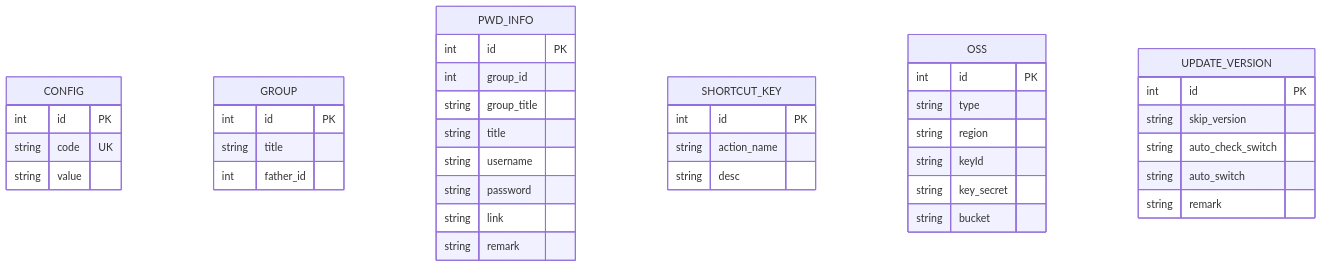
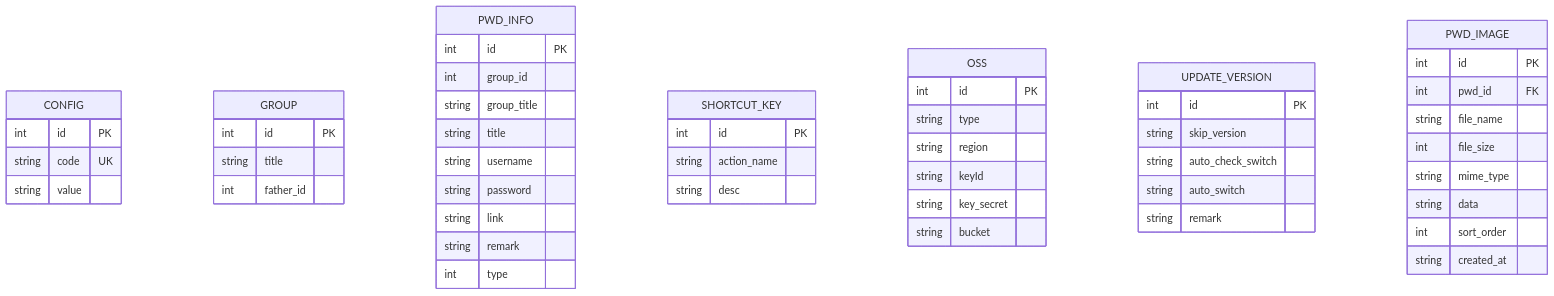
The fifth of 5 diagrams in .qoder/repowiki/zh/content/架构设计/数据库层架构/Mapper层设计/Mapper层设计.md (scgithub3220216/password-manager), drawn with Mermaid before and after one commit. The commit also changed other lines of this file and 9 other files, not shown here.

First line of the commit message:
feat(sync): 新增图像数据同步支持

````diff
--- a/.qoder/repowiki/zh/content/架构设计/数据库层架构/Mapper层设计/Mapper层设计.md
+++ b/.qoder/repowiki/zh/content/架构设计/数据库层架构/Mapper层设计/Mapper层设计.md
@@ -439,43 +508,54 @@
 ```mermaid
 erDiagram
 CONFIG {
 int id PK
 string code UK
 string value
 }
 GROUP {
 int id PK
 string title
 int father_id
 }
 PWD_INFO {
 int id PK
 int group_id
 string group_title
 string title
 string username
 string password
 string link
 string remark
+int type
 }
 SHORTCUT_KEY {
 int id PK
 string action_name
 string desc
 }
 OSS {
 int id PK
 string type
 string region
 string keyId
 string key_secret
 string bucket
 }
 UPDATE_VERSION {
 int id PK
 string skip_version
 string auto_check_switch
 string auto_switch
 string remark
 }
+PWD_IMAGE {
+int id PK
+int pwd_id FK
+string file_name
+int file_size
+string mime_type
+string data
+int sort_order
+string created_at
+}
 ```
````
